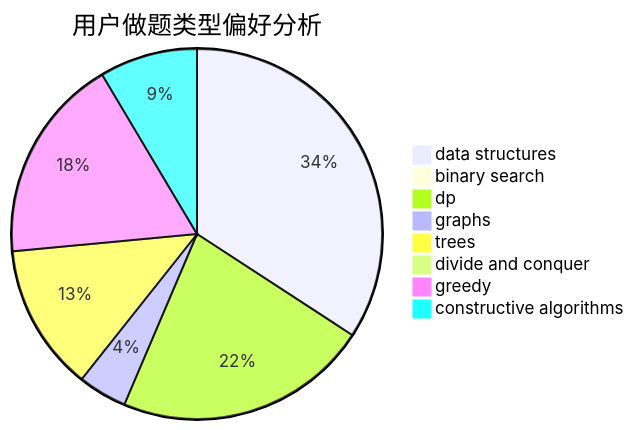
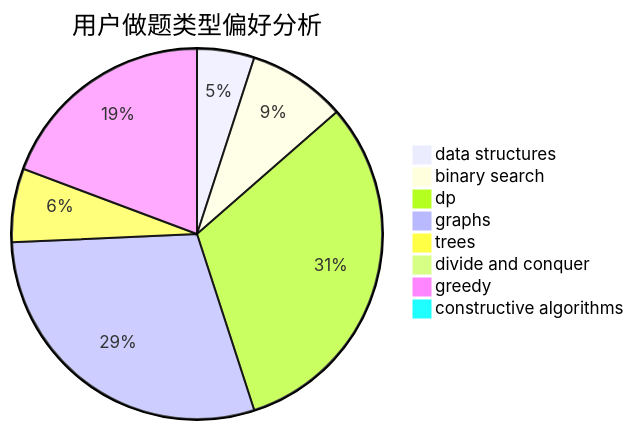
One commit to sherpahu/cfrs.github.io changed the second of 3 diagrams in docs/user/u2548.md. Above: the diagram before and after it, drawn with Mermaid. The commit also changed other lines of this file and 2770 other files, not shown here.

````diff
--- a/docs/user/u2548.md
+++ b/docs/user/u2548.md
@@ -23,11 +23,11 @@
 ```mermaid
 pie title 用户做题类型偏好分析
-    "data structures" :  40
-    "binary search" :  0
-    "dp" :  26
-    "graphs" :  5
-    "trees" :  15
+    "data structures" :  7
+    "binary search" :  12
+    "dp" :  44
+    "graphs" :  41
+    "trees" :  9
     "divide and conquer" :  0
-    "greedy" :  21
-    "constructive algorithms" :  10
+    "greedy" :  27
+    "constructive algorithms" :  0
 ```
````
